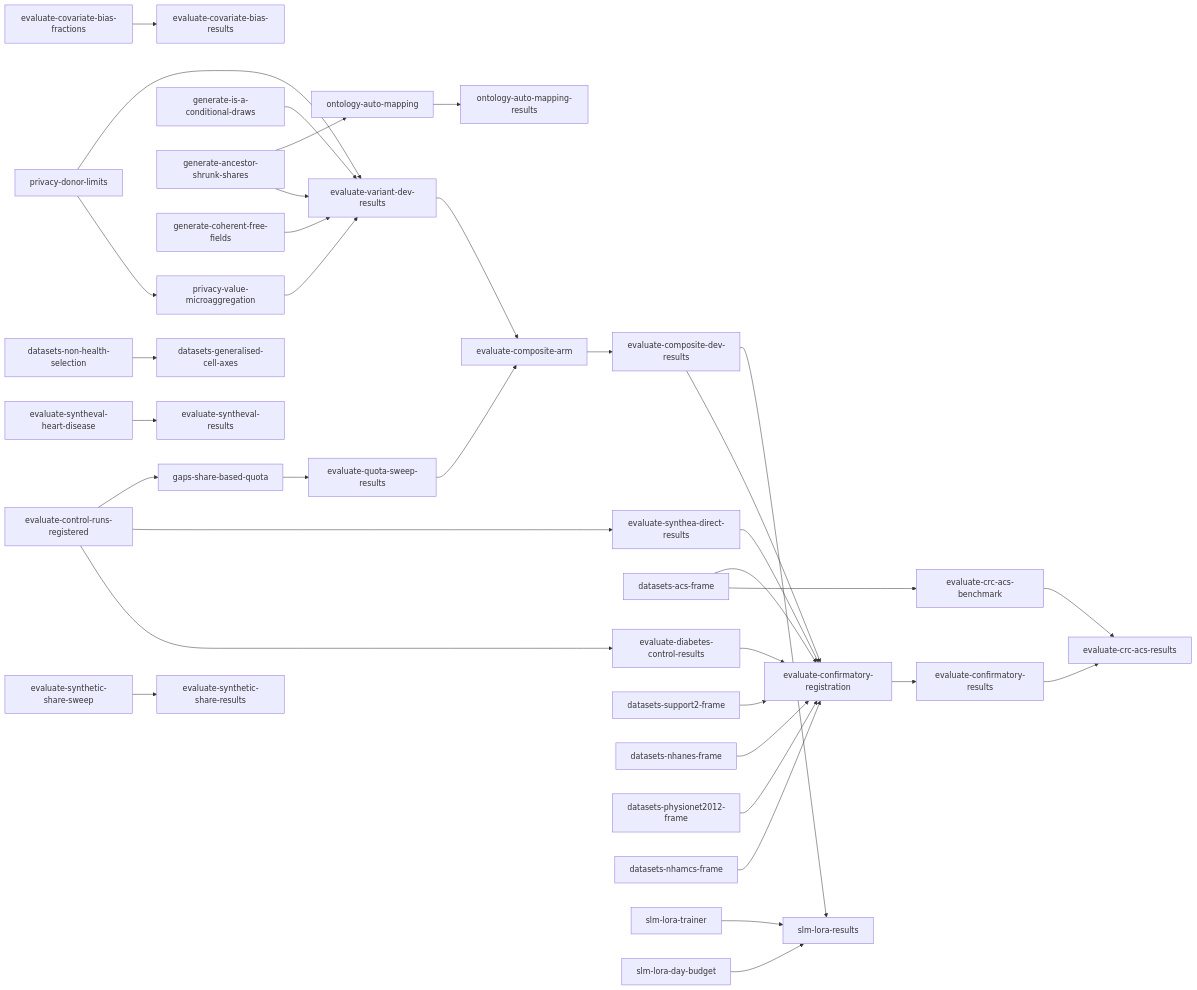
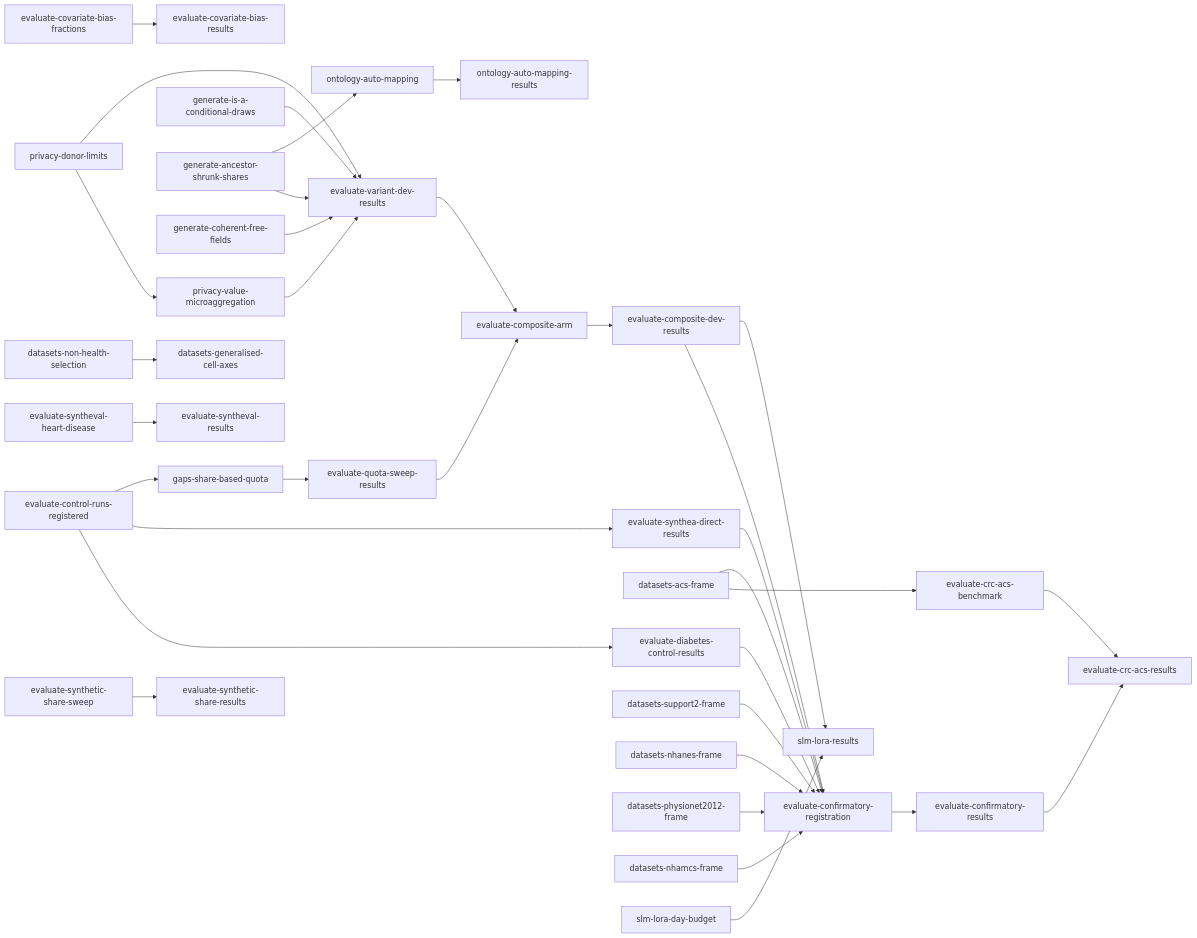
One commit to joe-dartmouth/synthetic changed the diagram in tasks/direct-index.md. Above: the diagram before and after it, drawn with Mermaid. The commit also changed other lines of this file and 3 other files, not shown here.

Commit message:
Retire slm-lora-trainer from the board

````diff
--- a/tasks/direct-index.md
+++ b/tasks/direct-index.md
@@ -77,37 +76,36 @@
 ```mermaid
 flowchart LR
     u37[evaluate-covariate-bias-fractions] --> u38[evaluate-covariate-bias-results]
     u6[evaluate-control-runs-registered] --> u7[evaluate-diabetes-control-results]
     u6 --> u8[evaluate-synthea-direct-results]
     u15[privacy-donor-limits] --> u16[privacy-value-microaggregation]
     u11[generate-is-a-conditional-draws] --> u19[evaluate-variant-dev-results]
     u13[generate-ancestor-shrunk-shares] --> u19
     u15 --> u19
     u16 --> u19
     u17[generate-coherent-free-fields] --> u19
     u6 --> u20[gaps-share-based-quota]
     u20 --> u21[evaluate-quota-sweep-results]
     u27[datasets-acs-frame] --> u41[evaluate-crc-acs-benchmark]
     u49[datasets-non-health-selection] --> u50[datasets-generalised-cell-axes]
     u43[evaluate-syntheval-heart-disease] --> u44[evaluate-syntheval-results]
     u19 --> u28[evaluate-composite-arm]
     u21 --> u28
     u28 --> u29[evaluate-composite-dev-results]
     u7 --> u30[evaluate-confirmatory-registration]
     u8 --> u30
     u45[evaluate-synthetic-share-sweep] --> u46[evaluate-synthetic-share-results]
     u25[datasets-support2-frame] --> u30
     u26[datasets-nhanes-frame] --> u30
     u27 --> u30
     u47[datasets-physionet2012-frame] --> u30
     u48[datasets-nhamcs-frame] --> u30
     u29 --> u30
     u30 --> u31[evaluate-confirmatory-results]
     u41 --> u42[evaluate-crc-acs-results]
     u31 --> u42
     u13 --> u32[ontology-auto-mapping]
     u32 --> u33[ontology-auto-mapping-results]
     u29 --> u36[slm-lora-results]
-    u35[slm-lora-trainer] --> u36
     u51[slm-lora-day-budget] --> u36
 ```
````
